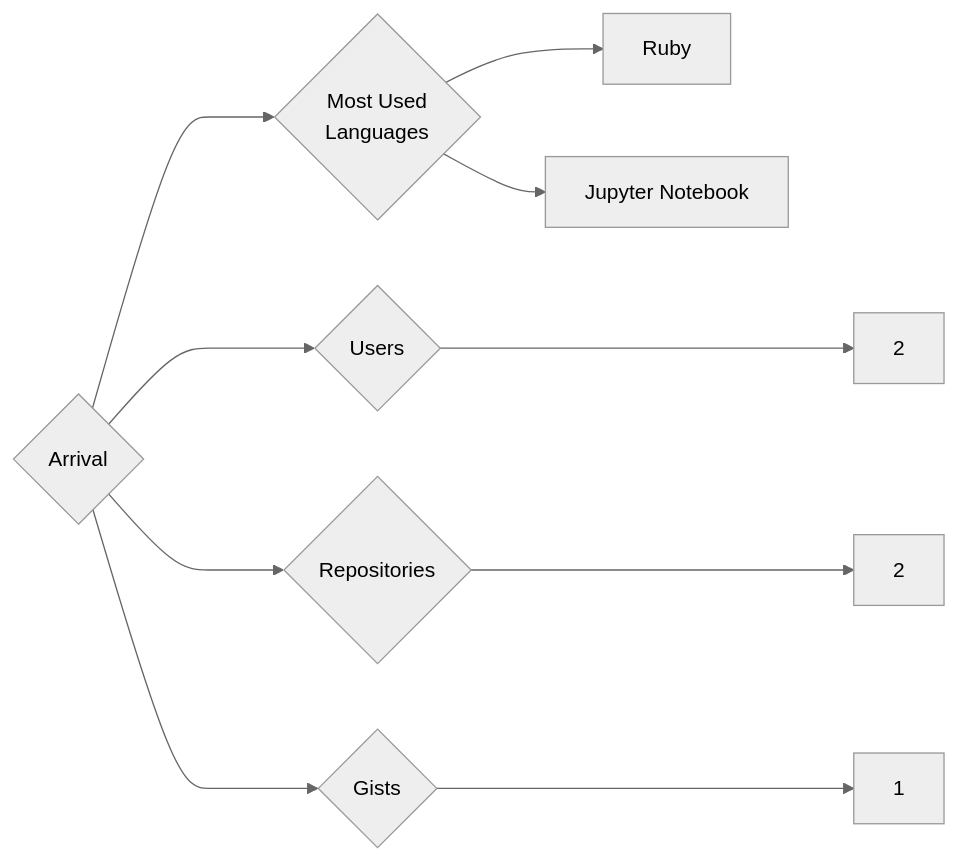
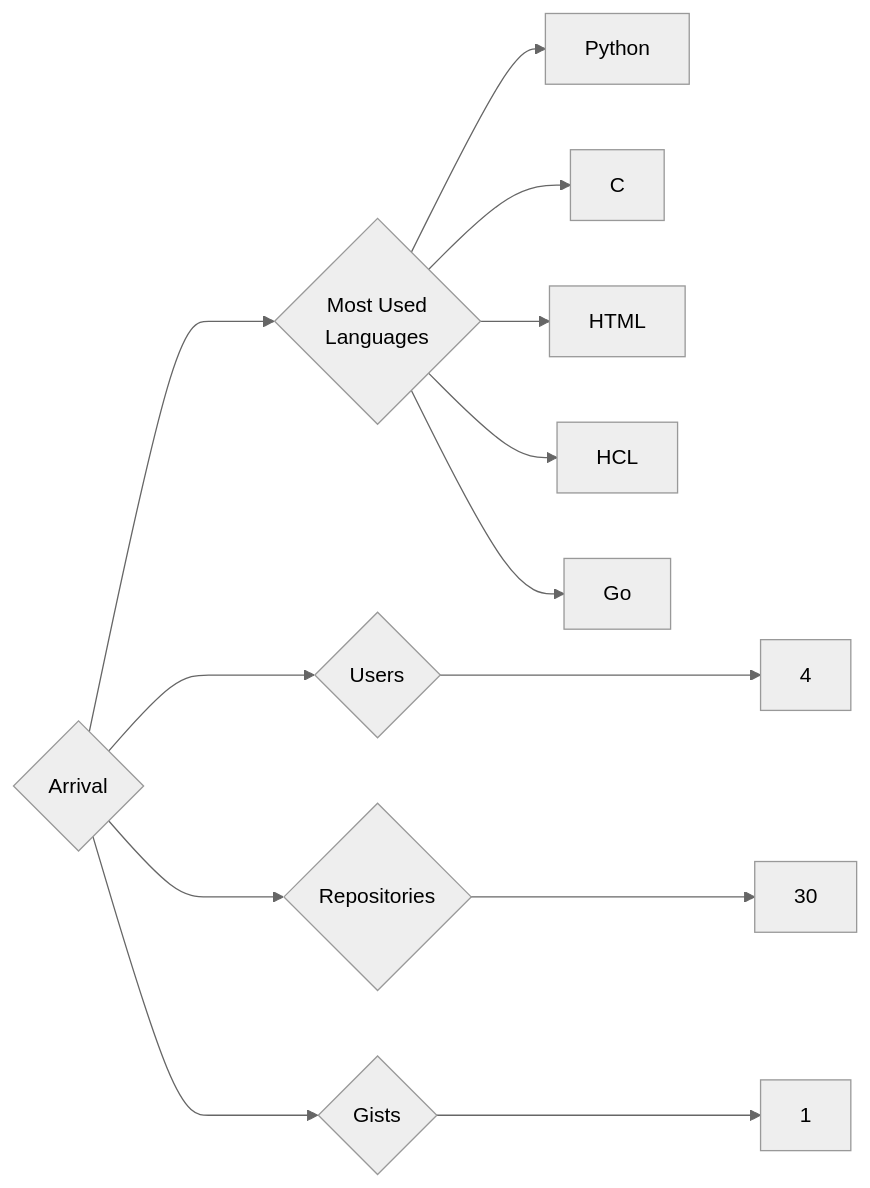
One commit to trickest/insiders changed the diagram in targets/Arrival/README.md. Above: the diagram before and after it, drawn with Mermaid (neutral theme). The commit also changed 823 other files, not shown here.

````diff
--- a/targets/Arrival/README.md
+++ b/targets/Arrival/README.md
@@ -3,10 +3,13 @@
 ```mermaid
 graph LR
 COMPANY_NAME{Arrival}
-COMPANY_NAME ---> U{Users} ---> UN[2]
-COMPANY_NAME ---> R{Repositories} ---> RN[2]
+COMPANY_NAME ---> U{Users} ---> UN[4]
+COMPANY_NAME ---> R{Repositories} ---> RN[30]
 COMPANY_NAME ---> G{Gists} ---> GN[1]
 COMPANY_NAME ---> ML{Most Used<br>Languages}
-ML --> Ruby[Ruby]
-ML --> Jupyter_Notebook[Jupyter Notebook]
+ML --> Python[Python]
+ML --> C[C]
+ML --> HTML[HTML]
+ML --> HCL[HCL]
+ML --> Go[Go]
 ```
````
